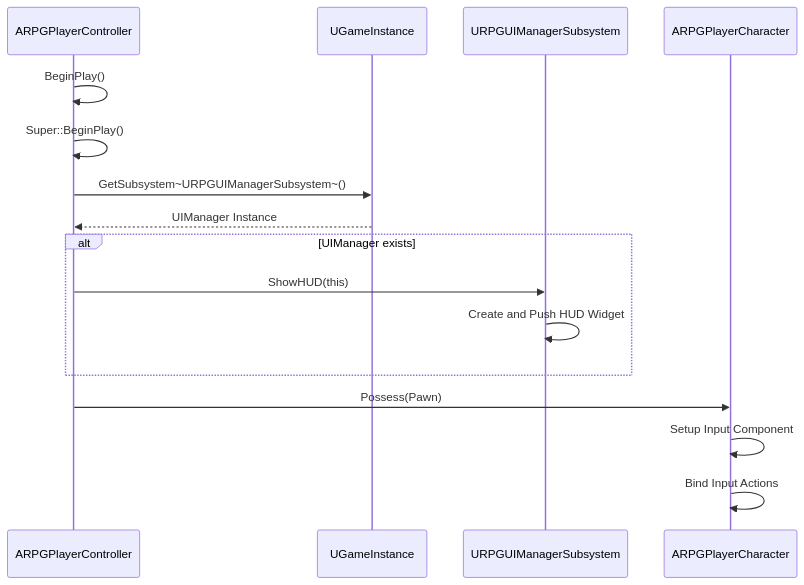
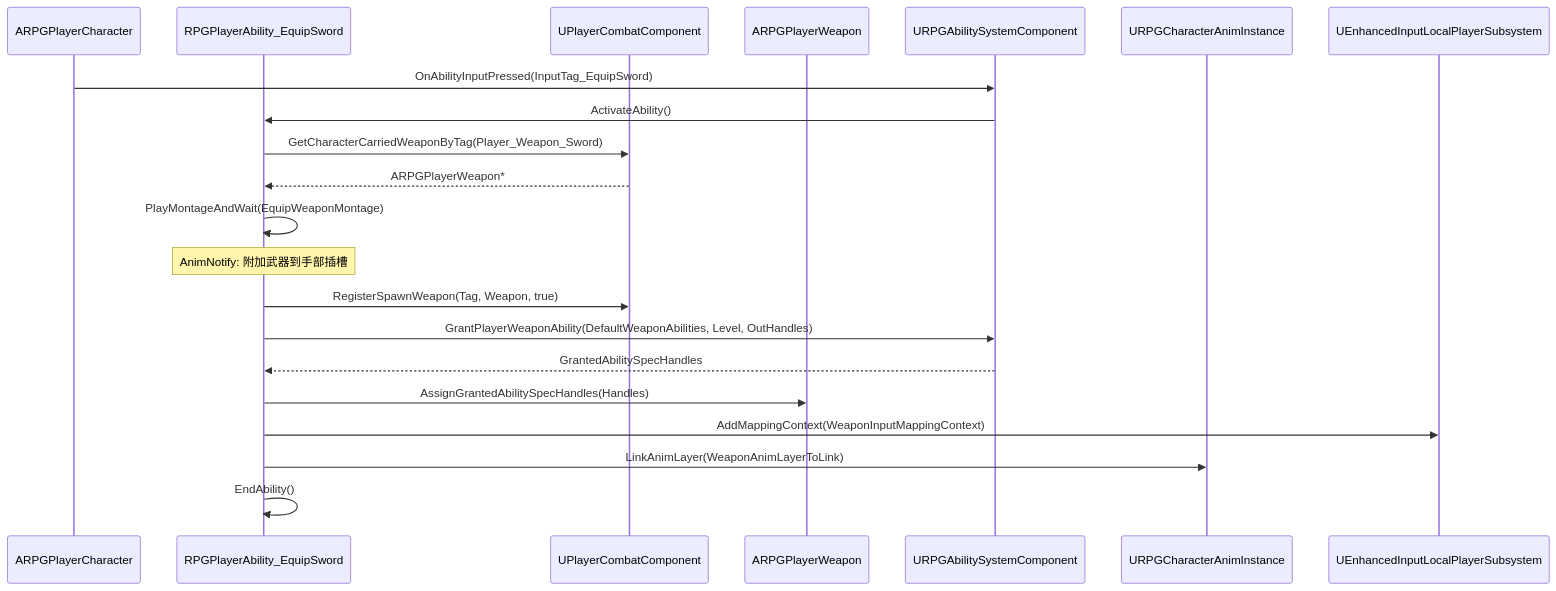
One commit to ARK31415/RPG changed the eighth of 21 diagrams in Source/Docs/DetailedDesign.md. Above: the diagram before and after it, drawn with Mermaid. The commit also changed other lines of this file and 11 other files, not shown here.

````diff
--- a/Source/Docs/DetailedDesign.md
+++ b/Source/Docs/DetailedDesign.md
@@ -804,19 +420,24 @@
 ```mermaid
 sequenceDiagram
-    participant PC as ARPGPlayerController
-    participant GI as UGameInstance
-    participant UIS as URPGUIManagerSubsystem
-    participant Pawn as ARPGPlayerCharacter
+    participant Player as ARPGPlayerCharacter
+    participant GA as RPGPlayerAbility_EquipSword
+    participant Combat as UPlayerCombatComponent
+    participant Weapon as ARPGPlayerWeapon
+    participant ASC as URPGAbilitySystemComponent
+    participant Anim as URPGCharacterAnimInstance
+    participant Input as UEnhancedInputLocalPlayerSubsystem
     
-    PC->>PC: BeginPlay()
-    PC->>PC: Super::BeginPlay()
-    PC->>GI: GetSubsystem~URPGUIManagerSubsystem~()
-    GI-->>PC: UIManager Instance
-    alt UIManager exists
-        PC->>UIS: ShowHUD(this)
-        UIS->>UIS: Create and Push HUD Widget
-    end
-    PC->>Pawn: Possess(Pawn)
-    Pawn->>Pawn: Setup Input Component
-    Pawn->>Pawn: Bind Input Actions
+    Player->>ASC: OnAbilityInputPressed(InputTag_EquipSword)
+    ASC->>GA: ActivateAbility()
+    GA->>Combat: GetCharacterCarriedWeaponByTag(Player_Weapon_Sword)
+    Combat-->>GA: ARPGPlayerWeapon*
+    GA->>GA: PlayMontageAndWait(EquipWeaponMontage)
+    Note over GA: AnimNotify: 附加武器到手部插槽
+    GA->>Combat: RegisterSpawnWeapon(Tag, Weapon, true)
+    GA->>ASC: GrantPlayerWeaponAbility(DefaultWeaponAbilities, Level, OutHandles)
+    ASC-->>GA: GrantedAbilitySpecHandles
+    GA->>Weapon: AssignGrantedAbilitySpecHandles(Handles)
+    GA->>Input: AddMappingContext(WeaponInputMappingContext)
+    GA->>Anim: LinkAnimLayer(WeaponAnimLayerToLink)
+    GA->>GA: EndAbility()
 ```
````
